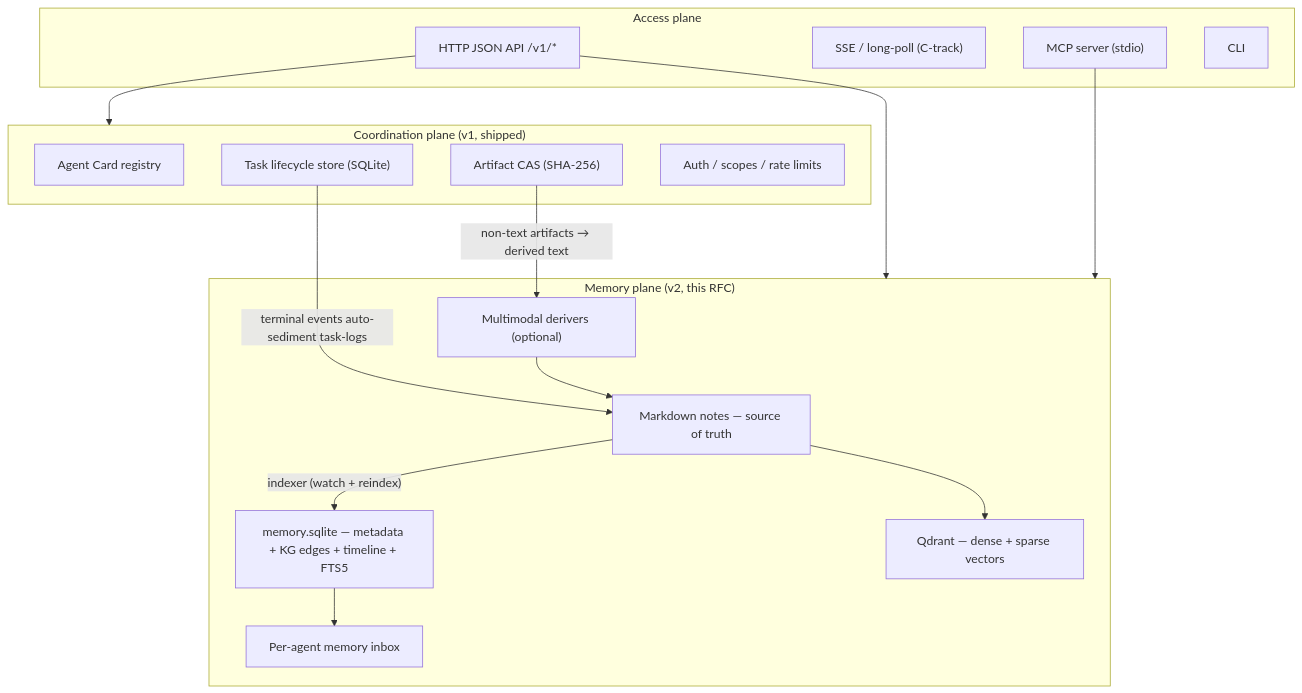
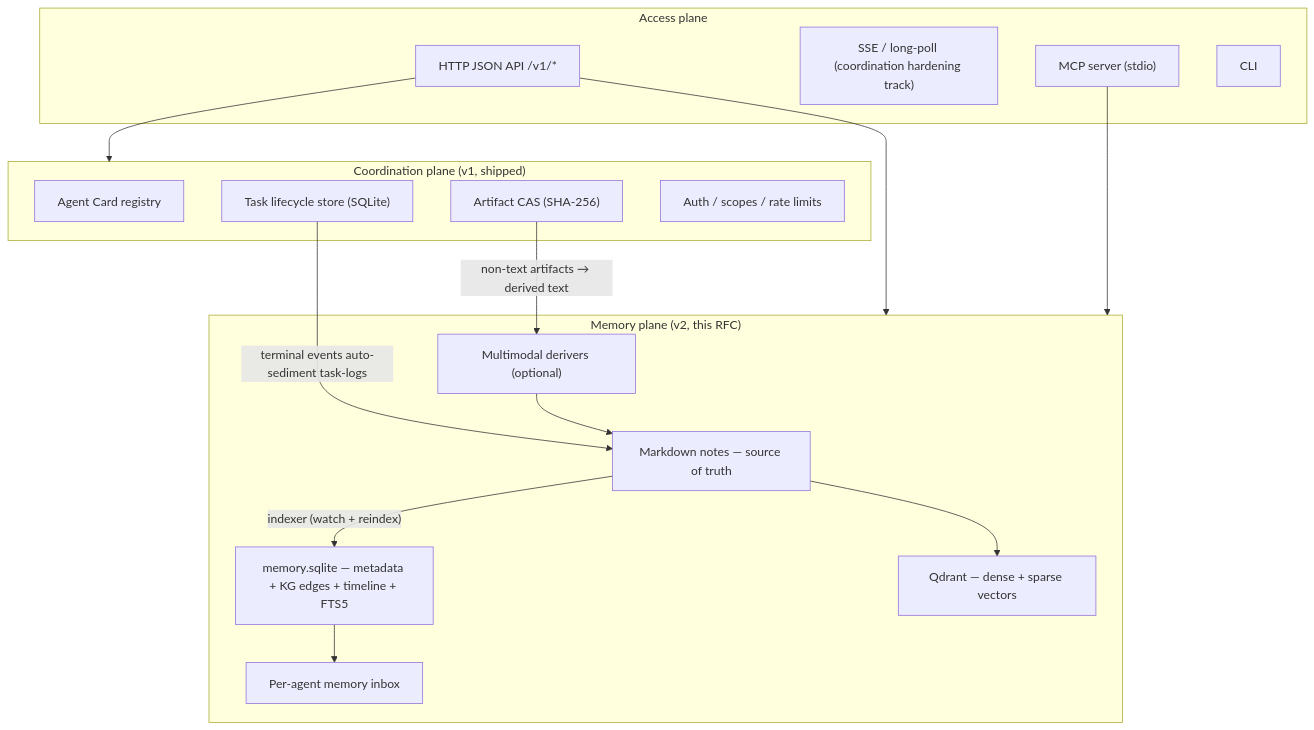
The first of 2 diagrams in docs/DESIGN.md (phenomenoner/a2a-superhub), drawn with Mermaid before and after one commit. The commit also changed other lines of this file and 121 other files, not shown here.

````diff
--- a/docs/DESIGN.md
+++ b/docs/DESIGN.md
@@ -27,34 +40,34 @@
 ```mermaid
 flowchart TB
   subgraph ACCESS["Access plane"]
     HTTP["HTTP JSON API /v1/*"]
-    SSE["SSE / long-poll (C-track)"]
+    SSE["SSE / long-poll (coordination hardening track)"]
     MCP["MCP server (stdio)"]
     CLI["CLI"]
   end
 
   subgraph COORD["Coordination plane (v1, shipped)"]
     REG["Agent Card registry"]
     TASK["Task lifecycle store (SQLite)"]
     ART["Artifact CAS (SHA-256)"]
     POL["Auth / scopes / rate limits"]
   end
 
   subgraph MEM["Memory plane (v2, this RFC)"]
     MD["Markdown notes — source of truth"]
     IDX["memory.sqlite — metadata + KG edges + timeline + FTS5"]
     QDR["Qdrant — dense + sparse vectors"]
     INBOX["Per-agent memory inbox"]
     DERIV["Multimodal derivers (optional)"]
   end
 
   HTTP --> COORD
   HTTP --> MEM
   MCP --> MEM
   TASK -- "terminal events auto-sediment task-logs" --> MD
   ART -- "non-text artifacts → derived text" --> DERIV
   DERIV --> MD
   MD -- "indexer (watch + reindex)" --> IDX
   MD --> QDR
   IDX --> INBOX
 ```
````
